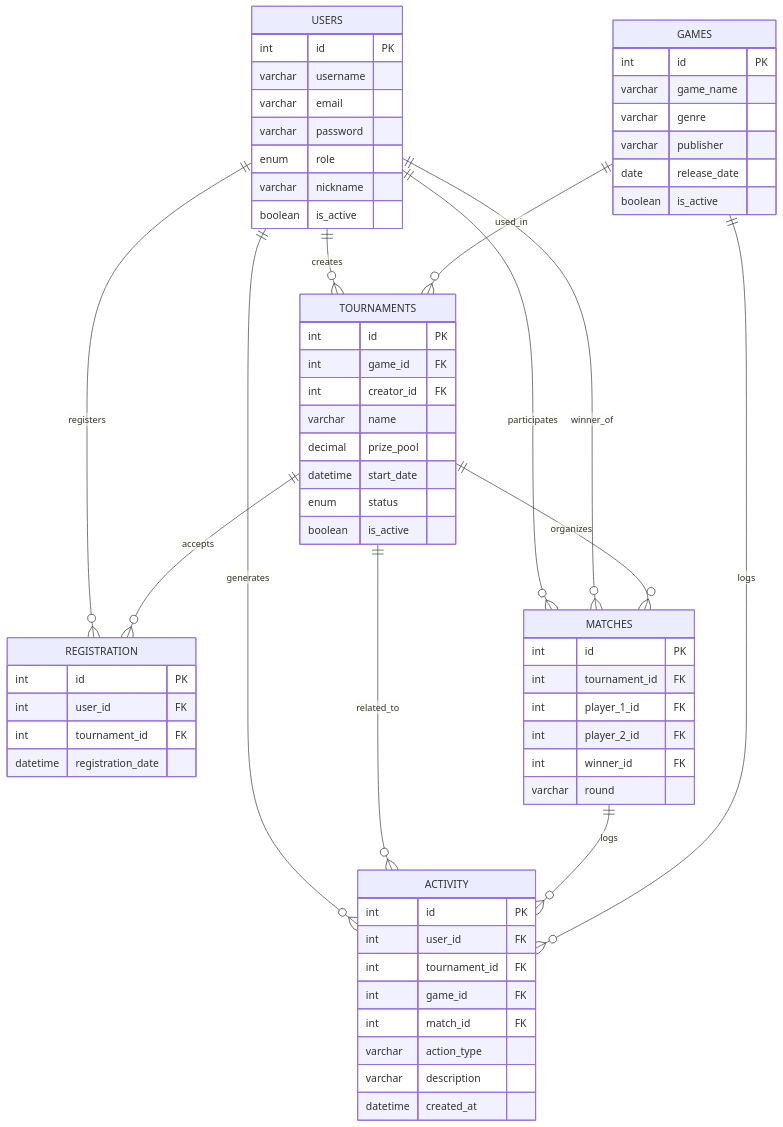
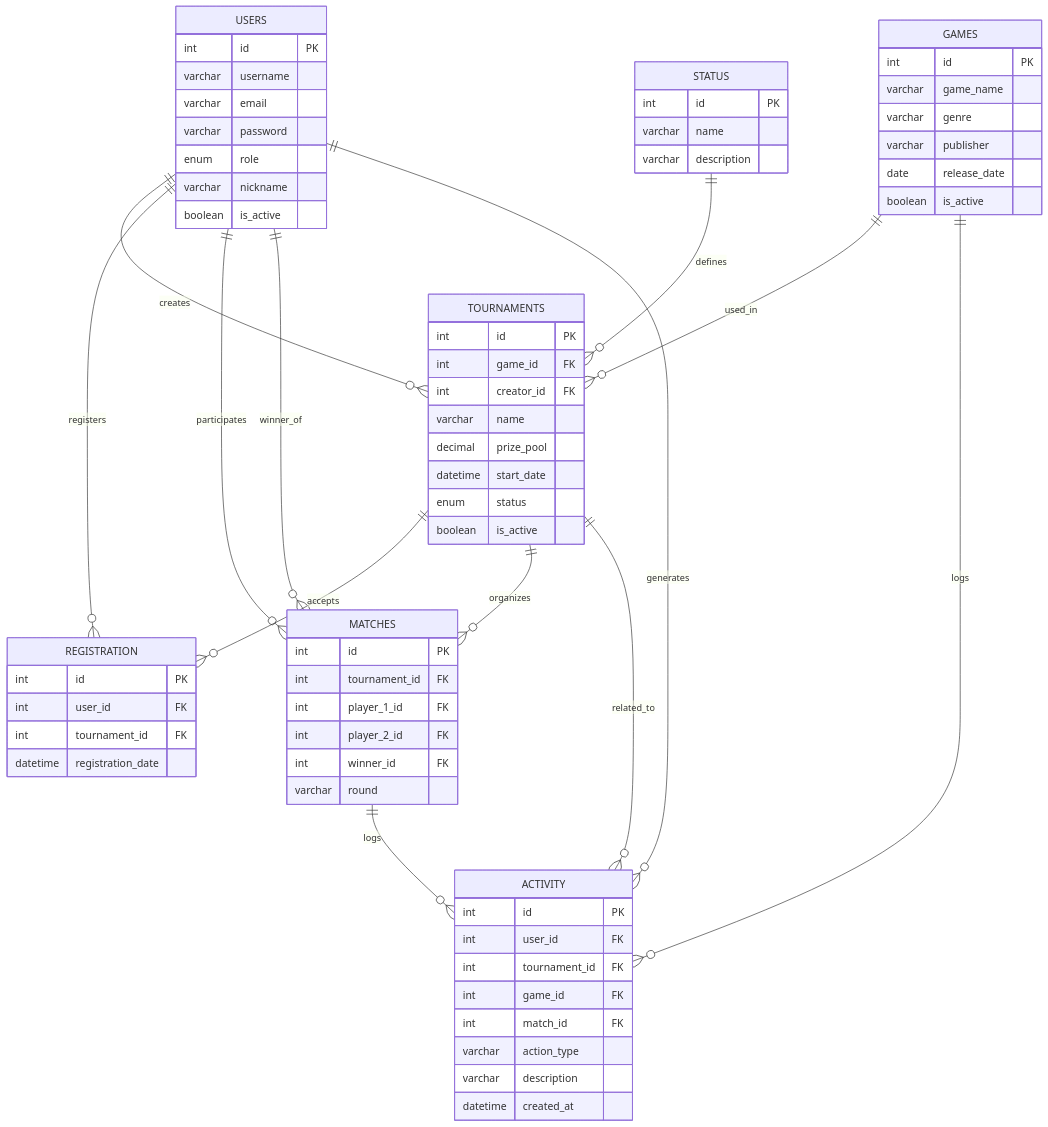
One commit to olazocaamano/VideoGames-Tournament changed the diagram in docs/erd_diagram.md. Above: the diagram before and after it, drawn with Mermaid. The commit also changed 2 other files, not shown here.

Commit message:
[DB]-v0.7.207 - Implementation of STATUS Table

````diff
--- a/docs/erd_diagram.md
+++ b/docs/erd_diagram.md
@@ -1,74 +1,82 @@
 ```mermaid
 erDiagram
     USERS ||--o{ TOURNAMENTS : creates
     USERS ||--o{ REGISTRATION : registers
     USERS ||--o{ MATCHES : participates
     USERS ||--o{ MATCHES : winner_of
     USERS ||--o{ ACTIVITY : generates
 
     GAMES ||--o{ TOURNAMENTS : used_in
 
     TOURNAMENTS ||--o{ REGISTRATION : accepts
     TOURNAMENTS ||--o{ MATCHES : organizes
     TOURNAMENTS ||--o{ ACTIVITY : related_to
+
+    STATUS ||--o{ TOURNAMENTS : defines
 
     MATCHES ||--o{ ACTIVITY : logs
     GAMES ||--o{ ACTIVITY : logs
 
     USERS {
         int id PK
         varchar username
         varchar email
         varchar password
         enum role
         varchar nickname
         boolean is_active
     }
 
     GAMES {
         int id PK
         varchar game_name
         varchar genre
         varchar publisher
         date release_date
         boolean is_active
     }
 
     TOURNAMENTS {
         int id PK
         int game_id FK
         int creator_id FK
         varchar name
         decimal prize_pool
         datetime start_date
         enum status
         boolean is_active
     }
 
     REGISTRATION {
         int id PK
         int user_id FK
         int tournament_id FK
         datetime registration_date
     }
 
     MATCHES {
         int id PK
         int tournament_id FK
         int player_1_id FK
         int player_2_id FK
         int winner_id FK
         varchar round
     }
 
     ACTIVITY {
         int id PK
         int user_id FK
         int tournament_id FK
         int game_id FK
         int match_id FK
         varchar action_type
         varchar description
         datetime created_at
     }
+
+    STATUS {
+        int id PK
+        varchar name
+        varchar description
+    }
 ```
````
